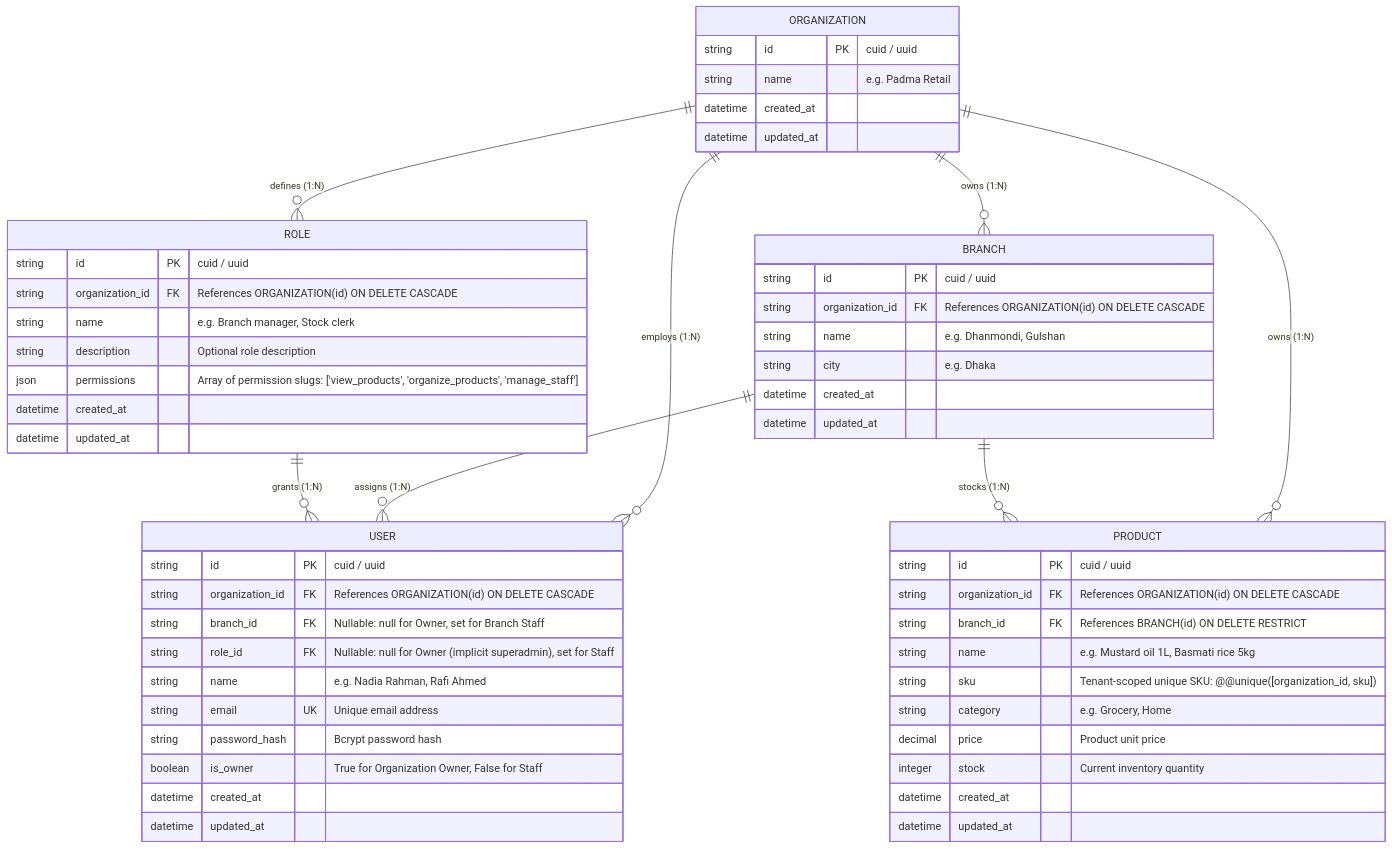
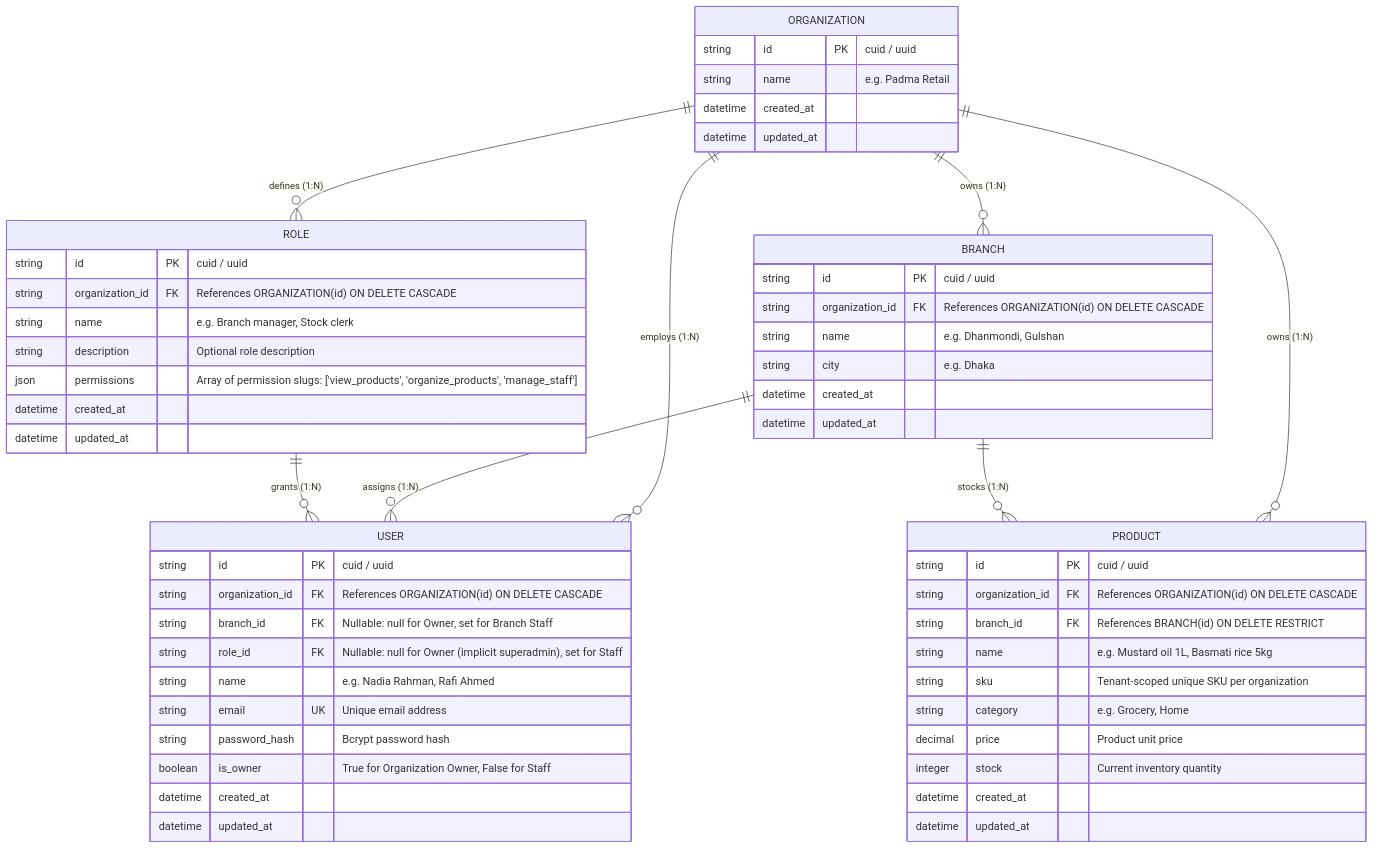
Before and after one commit to sheikhlimon/branchwork-backend: the second of 2 diagrams in docs/architecture.md, drawn with Mermaid. The commit also changed other lines of this file, not shown here.

Commit message:
docs: fix mermaid syntax error in C2 container diagram

````diff
--- a/docs/architecture.md
+++ b/docs/architecture.md
@@ -28,62 +28,62 @@
 ```mermaid
 erDiagram
     ORGANIZATION ||--o{ BRANCH : "owns (1:N)"
     ORGANIZATION ||--o{ ROLE : "defines (1:N)"
     ORGANIZATION ||--o{ USER : "employs (1:N)"
     ORGANIZATION ||--o{ PRODUCT : "owns (1:N)"
     BRANCH ||--o{ USER : "assigns (1:N)"
     BRANCH ||--o{ PRODUCT : "stocks (1:N)"
     ROLE ||--o{ USER : "grants (1:N)"
 
     ORGANIZATION {
         string id PK "cuid / uuid"
         string name "e.g. Padma Retail"
         datetime created_at
         datetime updated_at
     }
 
     BRANCH {
         string id PK "cuid / uuid"
         string organization_id FK "References ORGANIZATION(id) ON DELETE CASCADE"
         string name "e.g. Dhanmondi, Gulshan"
         string city "e.g. Dhaka"
         datetime created_at
         datetime updated_at
     }
 
     ROLE {
         string id PK "cuid / uuid"
         string organization_id FK "References ORGANIZATION(id) ON DELETE CASCADE"
         string name "e.g. Branch manager, Stock clerk"
         string description "Optional role description"
         json permissions "Array of permission slugs: ['view_products', 'organize_products', 'manage_staff']"
         datetime created_at
         datetime updated_at
     }
 
     USER {
         string id PK "cuid / uuid"
         string organization_id FK "References ORGANIZATION(id) ON DELETE CASCADE"
         string branch_id FK "Nullable: null for Owner, set for Branch Staff"
         string role_id FK "Nullable: null for Owner (implicit superadmin), set for Staff"
         string name "e.g. Nadia Rahman, Rafi Ahmed"
         string email UK "Unique email address"
         string password_hash "Bcrypt password hash"
         boolean is_owner "True for Organization Owner, False for Staff"
         datetime created_at
         datetime updated_at
     }
 
     PRODUCT {
         string id PK "cuid / uuid"
         string organization_id FK "References ORGANIZATION(id) ON DELETE CASCADE"
         string branch_id FK "References BRANCH(id) ON DELETE RESTRICT"
         string name "e.g. Mustard oil 1L, Basmati rice 5kg"
-        string sku "Tenant-scoped unique SKU: @@unique([organization_id, sku])"
+        string sku "Tenant-scoped unique SKU per organization"
         string category "e.g. Grocery, Home"
         decimal price "Product unit price"
         integer stock "Current inventory quantity"
         datetime created_at
         datetime updated_at
     }
 ```
````
